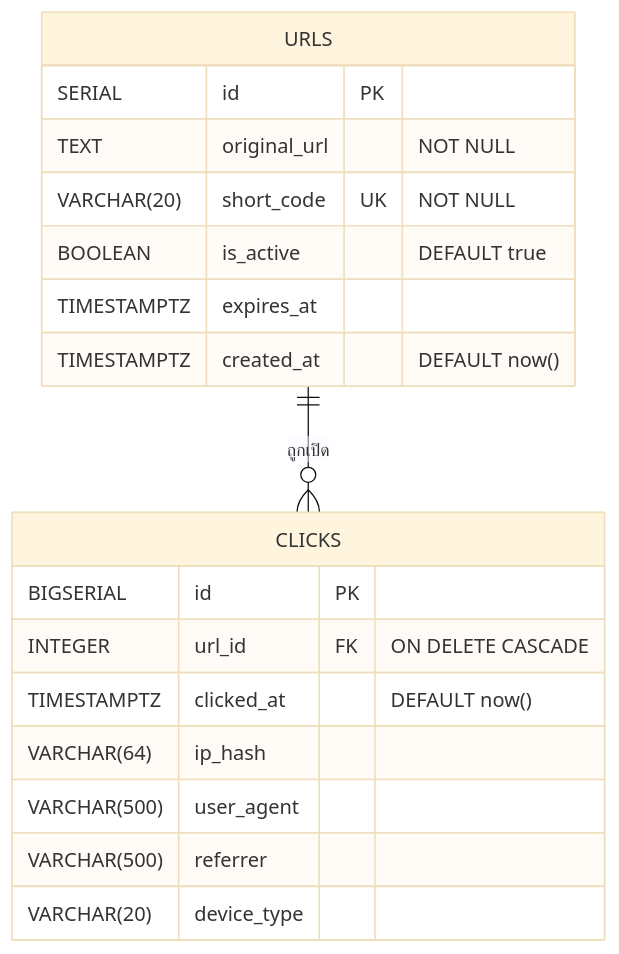
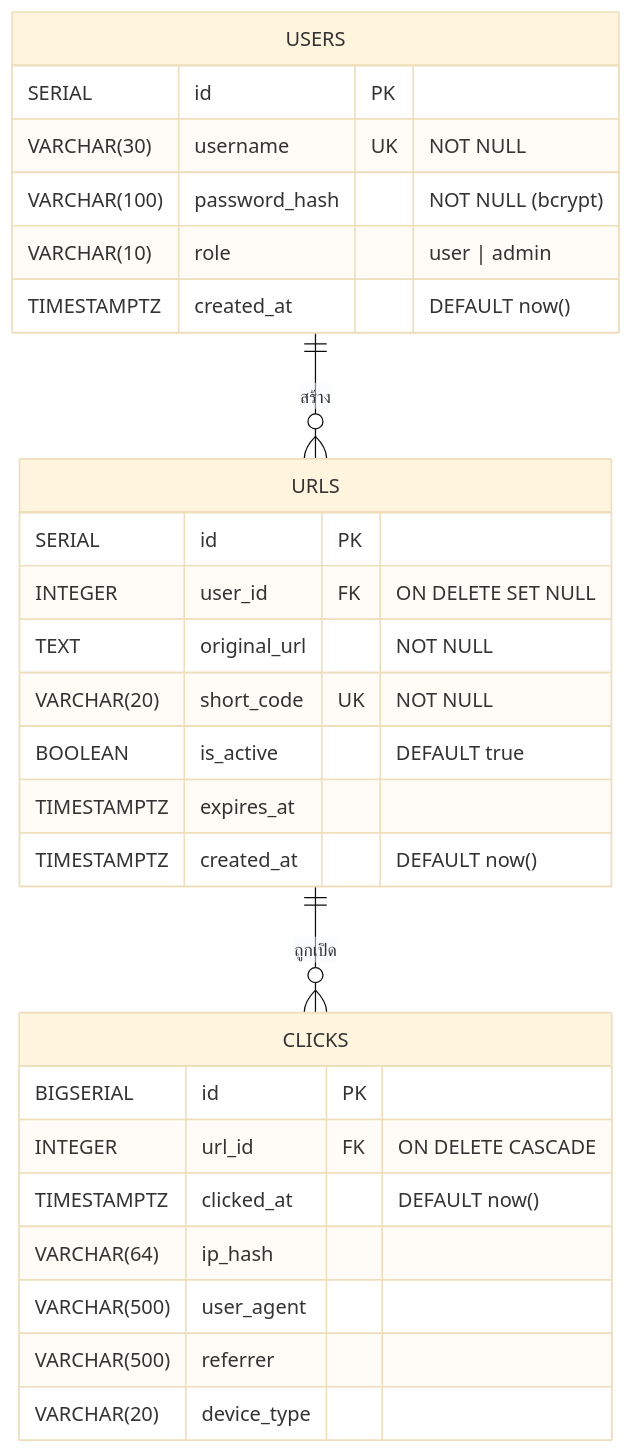
Before and after one commit to Rung03/short-url: the third of 3 diagrams in README.md, drawn with Mermaid (base theme). The commit also changed other lines of this file and 21 other files, not shown here.

First line of the commit message:
Add user accounts with user/admin roles

````diff
--- a/README.md
+++ b/README.md
@@ -101,21 +103,30 @@
 ```mermaid
 erDiagram
+    USERS ||--o{ URLS : "สร้าง"
     URLS ||--o{ CLICKS : "ถูกเปิด"
+    USERS {
+        SERIAL id PK
+        VARCHAR(30) username UK "NOT NULL"
+        VARCHAR(100) password_hash "NOT NULL (bcrypt)"
+        VARCHAR(10) role "user | admin"
+        TIMESTAMPTZ created_at "DEFAULT now()"
+    }
     URLS {
         SERIAL id PK
+        INTEGER user_id FK "ON DELETE SET NULL"
         TEXT original_url "NOT NULL"
         VARCHAR(20) short_code UK "NOT NULL"
         BOOLEAN is_active "DEFAULT true"
         TIMESTAMPTZ expires_at
         TIMESTAMPTZ created_at "DEFAULT now()"
     }
     CLICKS {
         BIGSERIAL id PK
         INTEGER url_id FK "ON DELETE CASCADE"
         TIMESTAMPTZ clicked_at "DEFAULT now()"
         VARCHAR(64) ip_hash
         VARCHAR(500) user_agent
         VARCHAR(500) referrer
         VARCHAR(20) device_type
     }
 ```
````
